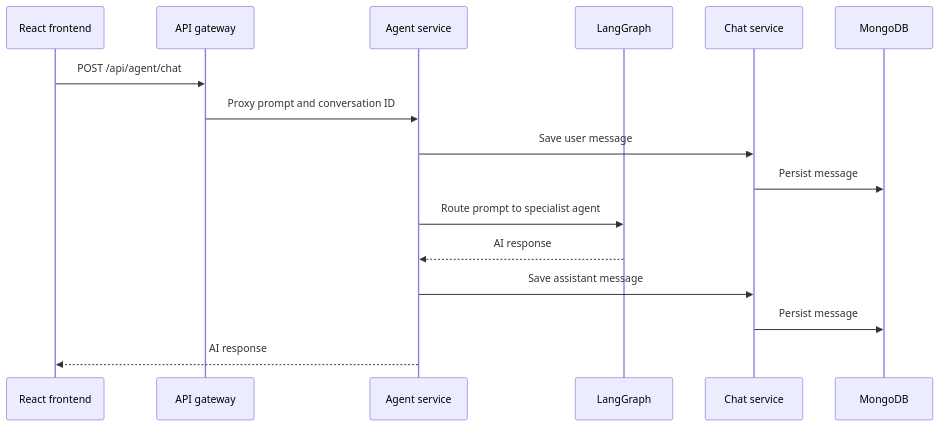
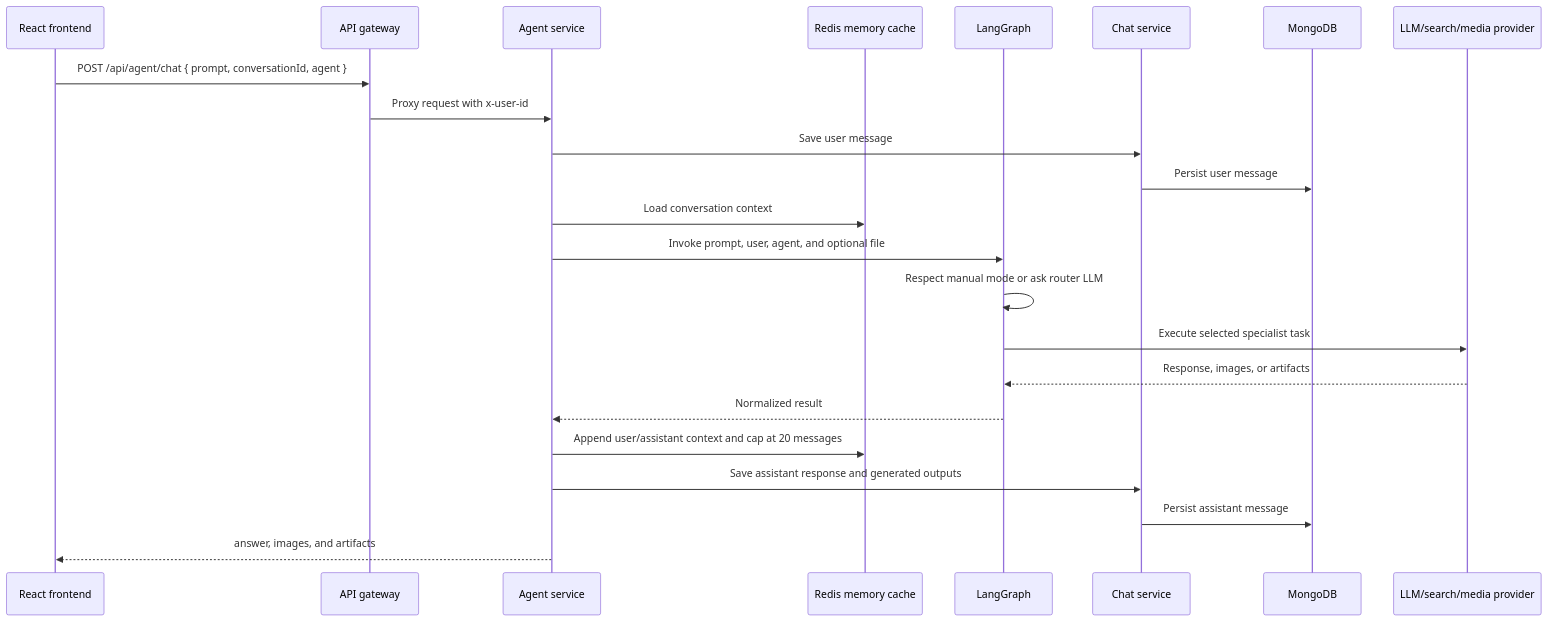
Before and after one commit to gauravgautam2003/alpha-AI: the third of 4 diagrams in SYSTEM_DESIGN.md, drawn with Mermaid. The commit also changed other lines of this file and 1 other file, not shown here.

Commit message:
fix correct syntax in docker-compose.yml for Redis service port mapping

````diff
--- a/SYSTEM_DESIGN.md
+++ b/SYSTEM_DESIGN.md
@@ -62,19 +94,26 @@
 ```mermaid
 sequenceDiagram
     participant Web as React frontend
     participant Gateway as API gateway
     participant Agent as Agent service
+    participant Cache as Redis memory cache
     participant Graph as LangGraph
     participant Chat as Chat service
     participant Mongo as MongoDB
+    participant Provider as LLM/search/media provider
 
-    Web->>Gateway: POST /api/agent/chat
-    Gateway->>Agent: Proxy prompt and conversation ID
+    Web->>Gateway: POST /api/agent/chat { prompt, conversationId, agent }
+    Gateway->>Agent: Proxy request with x-user-id
     Agent->>Chat: Save user message
-    Chat->>Mongo: Persist message
-    Agent->>Graph: Route prompt to specialist agent
-    Graph-->>Agent: AI response
-    Agent->>Chat: Save assistant message
-    Chat->>Mongo: Persist message
-    Agent-->>Web: AI response
+    Chat->>Mongo: Persist user message
+    Agent->>Cache: Load conversation context
+    Agent->>Graph: Invoke prompt, user, agent, and optional file
+    Graph->>Graph: Respect manual mode or ask router LLM
+    Graph->>Provider: Execute selected specialist task
+    Provider-->>Graph: Response, images, or artifacts
+    Graph-->>Agent: Normalized result
+    Agent->>Cache: Append user/assistant context and cap at 20 messages
+    Agent->>Chat: Save assistant response and generated outputs
+    Chat->>Mongo: Persist assistant message
+    Agent-->>Web: answer, images, and artifacts
 ```
````
